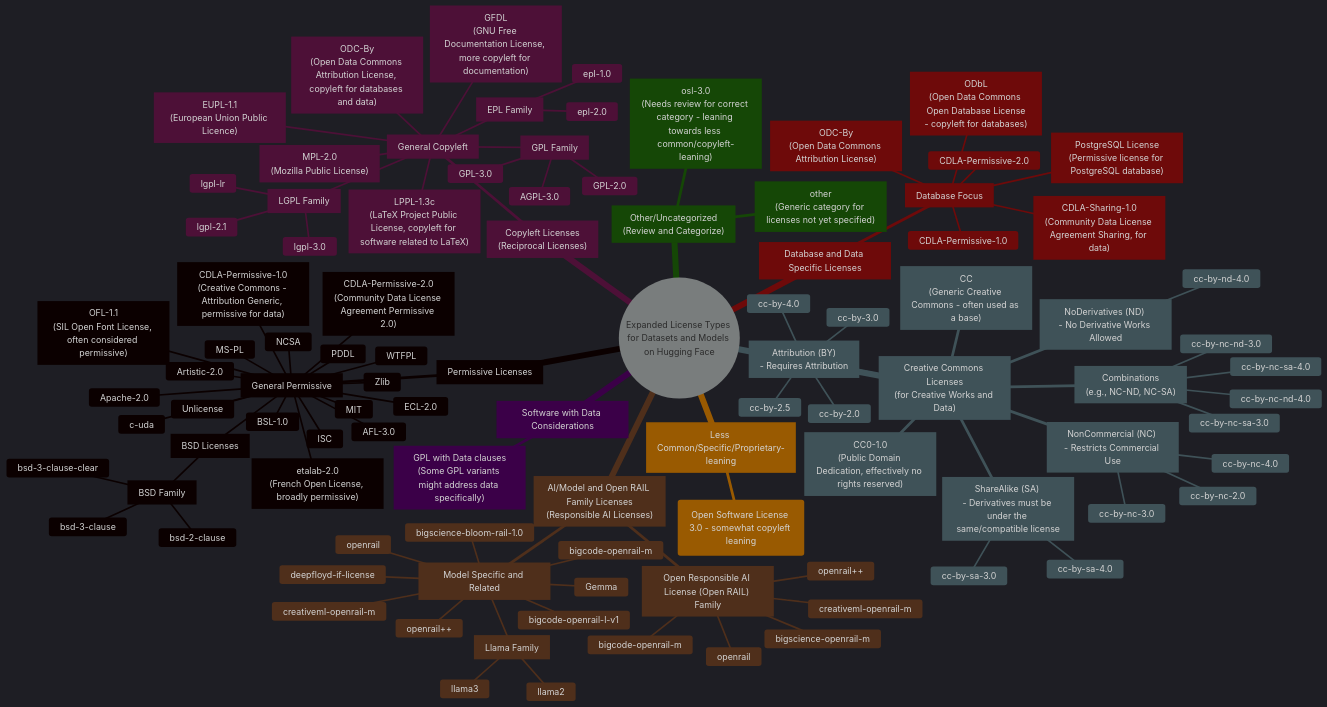
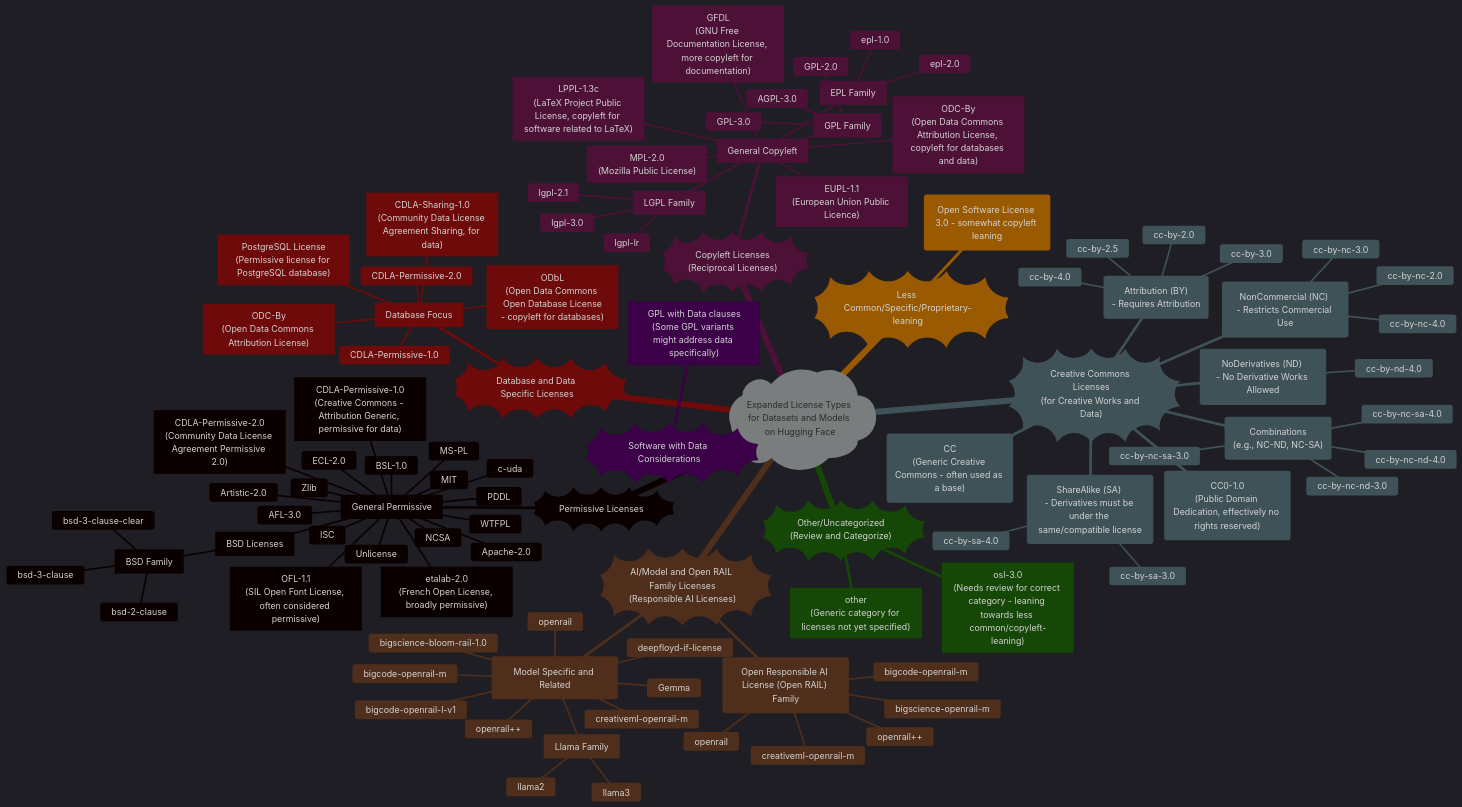
The first of 2 diagrams in Licensing_in_tech/Licensing_in_tech_expanding.md (CongLeSolutionX/iOS-development-vault), drawn with Mermaid before and after one commit. The commit also changed other lines of this file, not shown here.

```diff
--- a/Licensing_in_tech/Licensing_in_tech_expanding.md
+++ b/Licensing_in_tech/Licensing_in_tech_expanding.md
@@ -30,9 +30,9 @@
   theme: dark
 ---
 mindmap
-  root(("Expanded License Types for Datasets and Models on Hugging Face"))
+  root)"Expanded License Types for Datasets and Models on Hugging Face"(
 
-    Permissive_Licenses["Permissive Licenses"]
+    Permissive_Licenses))"Permissive Licenses"((
       General_Permissive["General Permissive"]
         Apache-2.0
         MIT
@@ -58,7 +58,7 @@
         CDLA-Permissive-1.0["CDLA-Permissive-1.0<br>(Creative Commons - Attribution Generic, permissive for data)"]
         CDLA-Permissive-2.0["CDLA-Permissive-2.0<br>(Community Data License Agreement Permissive 2.0)"]
 
-    Copyleft_Licenses["Copyleft Licenses<br>(Reciprocal Licenses)"]
+    Copyleft_Licenses))"Copyleft Licenses<br>(Reciprocal Licenses)"((
       General_Copyleft["General Copyleft"]
         GPL_Family["GPL Family"]
           GPL-3.0
@@ -77,38 +77,38 @@
           epl-2.0
           epl-1.0
 
-    Creative_Commons_Licenses["Creative Commons Licenses<br>(for Creative Works and Data)"]
-      CC["CC<br>(Generic Creative Commons - often used as a base)"]
-      CC0-1.0["CC0-1.0<br>(Public Domain Dedication, effectively no rights reserved)"]
-      Attribution_BY["Attribution (BY) <br>- Requires Attribution"]
+    Creative_Commons_Licenses))"Creative Commons Licenses<br>(for Creative Works and Data)"((
+      CC("CC<br>(Generic Creative Commons - often used as a base)")
+      CC0-1.0("CC0-1.0<br>(Public Domain Dedication, effectively no rights reserved)")
+      Attribution_BY("Attribution (BY) <br>- Requires Attribution")
         cc-by-4.0
         cc-by-3.0
         cc-by-2.0
         cc-by-2.5
-      ShareAlike_SA["ShareAlike (SA) <br>- Derivatives must be under the same/compatible license"]
+      ShareAlike_SA("ShareAlike (SA) <br>- Derivatives must be under the same/compatible license")
         cc-by-sa-4.0
         cc-by-sa-3.0
-      NonCommercial_NC["NonCommercial (NC) <br>- Restricts Commercial Use"]
+      NonCommercial_NC("NonCommercial (NC) <br>- Restricts Commercial Use")
         cc-by-nc-4.0
         cc-by-nc-3.0
         cc-by-nc-2.0
-      NoDerivatives_ND["NoDerivatives (ND) <br>- No Derivative Works Allowed"]
+      NoDerivatives_ND("NoDerivatives (ND) <br>- No Derivative Works Allowed")
         cc-by-nd-4.0
-      Combinations["Combinations<br>(e.g., NC-ND, NC-SA)"]
+      Combinations("Combinations<br>(e.g., NC-ND, NC-SA)")
         cc-by-nc-nd-4.0
         cc-by-nc-nd-3.0
         cc-by-nc-sa-4.0
         cc-by-nc-sa-3.0
 
 
-    AI_Model_and_Open_RAIL_Family_Licenses["AI/Model and Open RAIL Family Licenses<br>(Responsible AI Licenses)"]
-      Open_RAIL_Family["Open Responsible AI License (Open RAIL) Family"]
+    AI_Model_and_Open_RAIL_Family_Licenses))"AI/Model and Open RAIL Family Licenses<br>(Responsible AI Licenses)"((
+      Open_RAIL_Family("Open Responsible AI License (Open RAIL) Family")
         openrail
         creativeml-openrail-m
         bigscience-openrail-m
         bigcode-openrail-m
         openrail++
-      Model_Specific_and_Related["Model Specific and Related"]
+      Model_Specific_and_Related("Model Specific and Related")
         Llama_Family["Llama Family"]
           llama2
           llama3
@@ -121,7 +121,7 @@
         openrail
         bigcode-openrail-l-v1
 
-    Database_and_Data_Specific_Licenses["Database and Data Specific Licenses"]
+    Database_and_Data_Specific_Licenses))"Database and Data Specific Licenses"((
       Database_Focus["Database Focus"]
         PostgreSQL_License["PostgreSQL License<br>(Permissive license for PostgreSQL database)"]
         ODC-By["ODC-By<br>(Open Data Commons Attribution License)"]
@@ -130,13 +130,13 @@
         CDLA-Permissive-1.0
         CDLA-Permissive-2.0
 
-    Software_with_Data_Considerations["Software with Data Considerations"]
+    Software_with_Data_Considerations))"Software with Data Considerations"((
       GPL_with_Data_clauses["GPL with Data clauses<br>(Some GPL variants might address data specifically)"]
 
-    Less_Common_Specific_Proprietary_leaning["Less Common/Specific/Proprietary-leaning"]
+    Less_Common_Specific_Proprietary_leaning))"Less Common/Specific/Proprietary-leaning"((
       OSL-3.0 (Open Software License 3.0 - somewhat copyleft leaning)
      
-    Other_Uncategorized["Other/Uncategorized<br>(Review and Categorize)"]
+    Other_Uncategorized))"Other/Uncategorized<br>(Review and Categorize)"((
       other["other<br>(Generic category for licenses not yet specified)"]
       osl-3.0["osl-3.0<br>(Needs review for correct category - leaning towards less common/copyleft-leaning)"]
 
```
